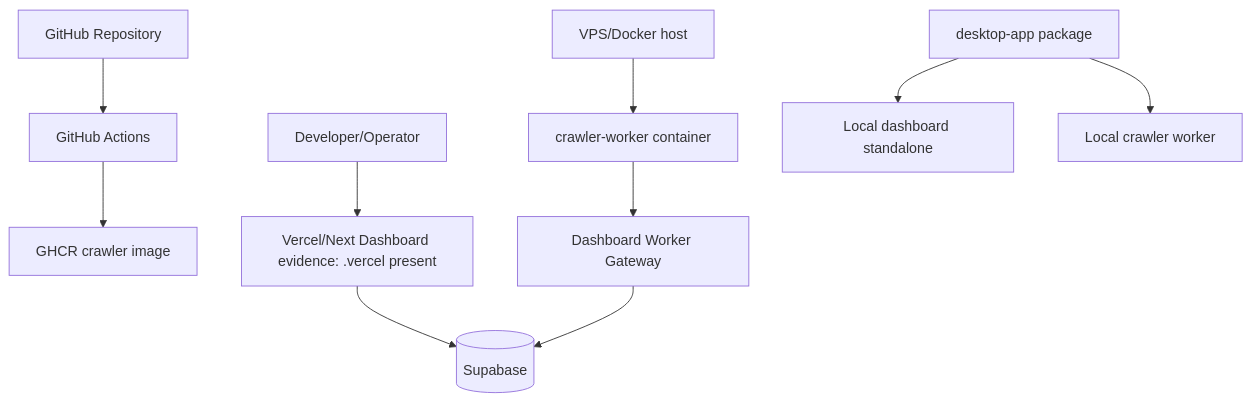
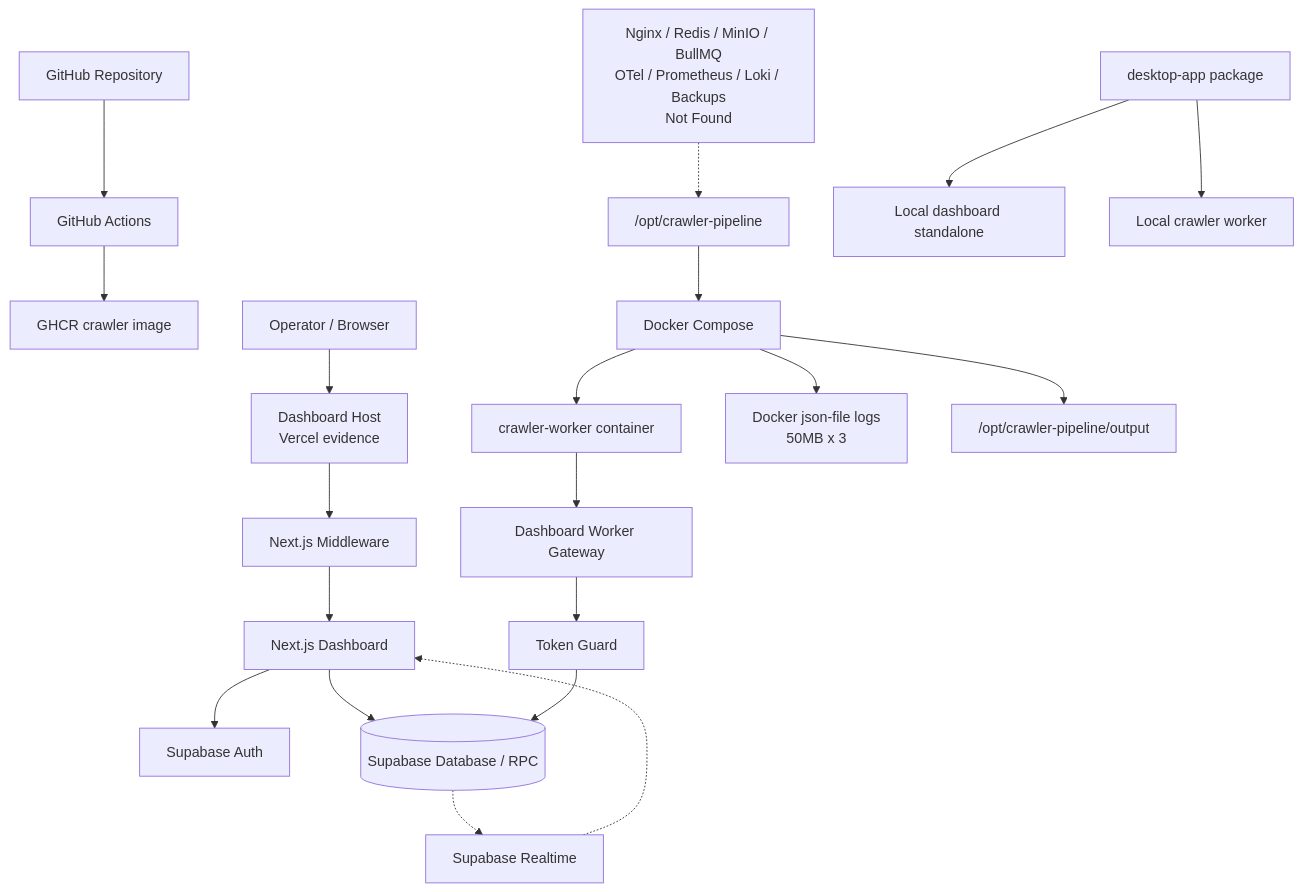
The ninth of 9 diagrams in .agents/docs/ARCHITECTURE.md (daclong120-del/creative-lutech), drawn with Mermaid before and after one commit. The commit also changed other lines of this file, not shown here.

Commit message:
docs: add project architectural documentation including system overview and tech stack details

````diff
--- a/.agents/docs/ARCHITECTURE.md
+++ b/.agents/docs/ARCHITECTURE.md
@@ -633,12 +676,22 @@
 ```mermaid
 flowchart TD
     GitHub["GitHub Repository"] --> Actions["GitHub Actions"]
     Actions --> GHCR["GHCR crawler image"]
-    Dev["Developer/Operator"] --> Vercel["Vercel/Next Dashboard evidence: .vercel present"]
-    Vercel --> Supabase[(Supabase)]
-    VPS["VPS/Docker host"] --> WorkerContainer["crawler-worker container"]
+    Operator["Operator / Browser"] --> Host["Dashboard Host<br/>Vercel evidence"]
+    Host --> Middleware["Next.js Middleware"]
+    Middleware --> Dashboard["Next.js Dashboard"]
+    Dashboard --> SupabaseAuth["Supabase Auth"]
+    Dashboard --> SupabaseDB[(Supabase Database / RPC)]
+    SupabaseDB -.-> SupabaseRealtime["Supabase Realtime"]
+    SupabaseRealtime -.-> Dashboard
+    VPSPath["/opt/crawler-pipeline"] --> Compose["Docker Compose"]
+    Compose --> WorkerContainer["crawler-worker container"]
+    Compose --> DockerLogs["Docker json-file logs<br/>50MB x 3"]
+    Compose --> OutputDisk["/opt/crawler-pipeline/output"]
     WorkerContainer --> Gateway["Dashboard Worker Gateway"]
-    Gateway --> Supabase
+    Gateway --> TokenGuard["Token Guard"]
+    TokenGuard --> SupabaseDB
     DesktopPackage["desktop-app package"] --> LocalDashboard["Local dashboard standalone"]
     DesktopPackage --> LocalWorker["Local crawler worker"]
+    MissingOps["Nginx / Redis / MinIO / BullMQ<br/>OTel / Prometheus / Loki / Backups<br/>Not Found"] -.-> VPSPath
 ```
````
